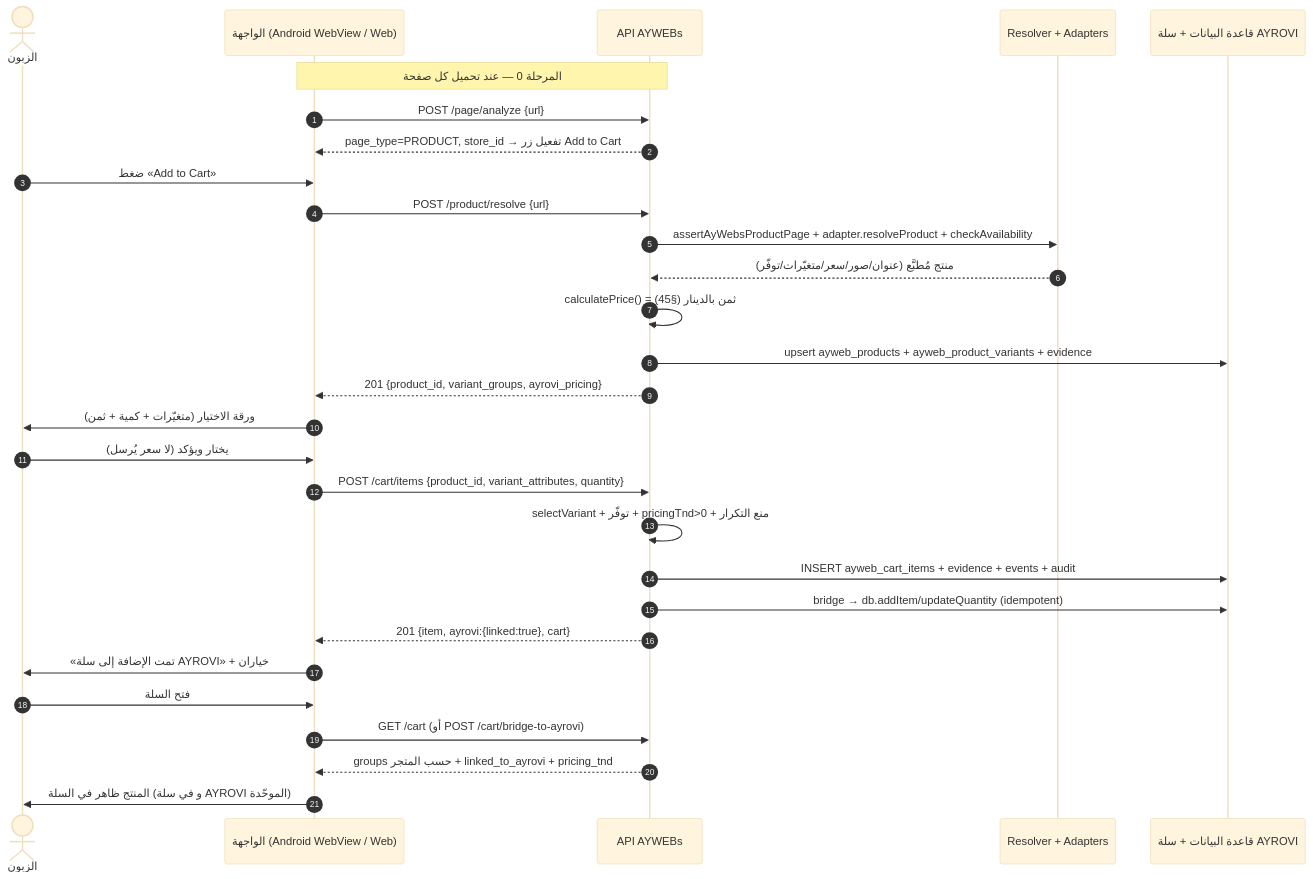
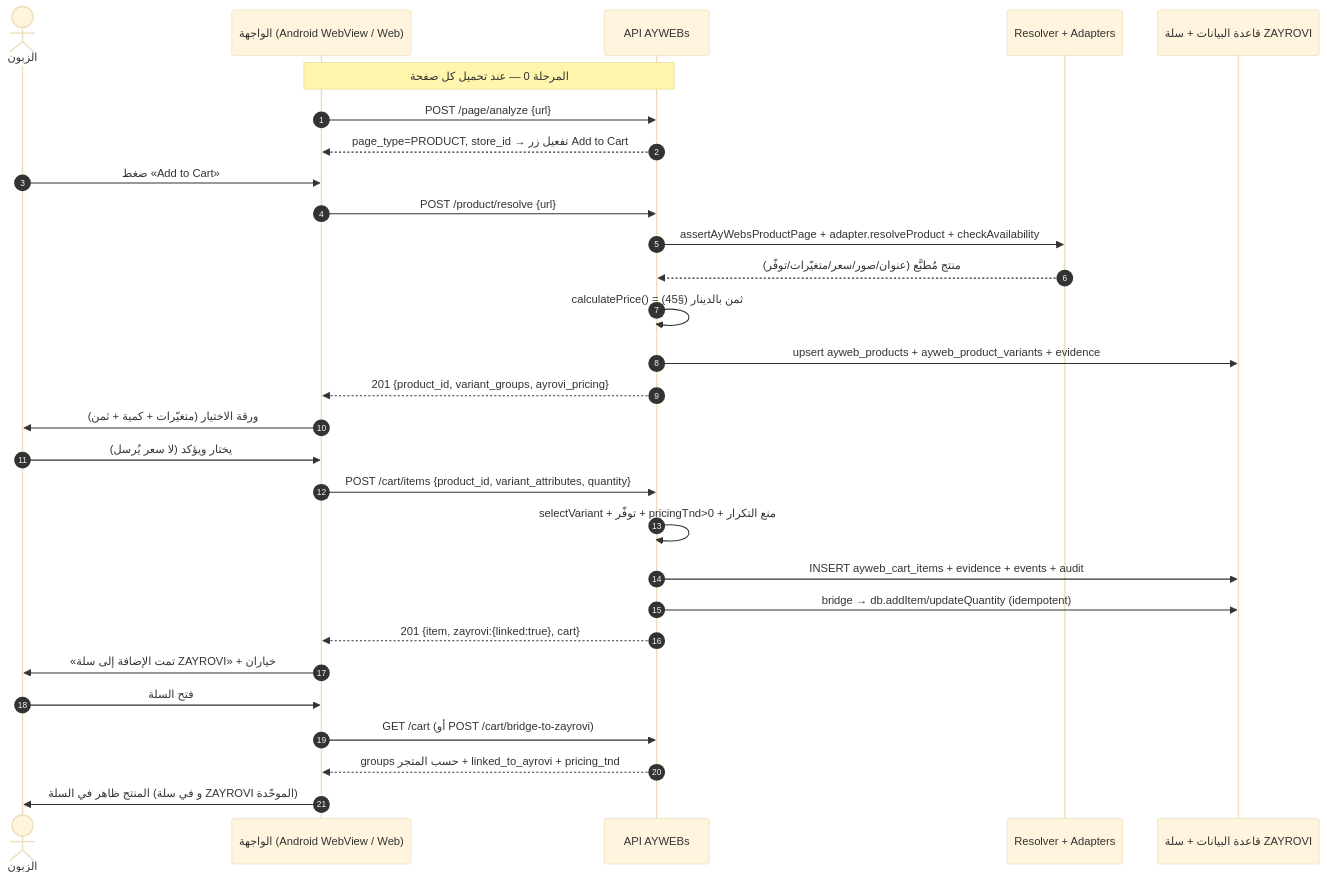
One commit to issamweldlatifa-gif/ayrovi_beta1 changed the diagram in docs/AYWEBS_ADD_TO_CART_STEPS_AR.md. Above: the diagram before and after it, drawn with Mermaid (base theme). The commit also changed other lines of this file and 910 other files, not shown here.

````diff
--- a/docs/AYWEBS_ADD_TO_CART_STEPS_AR.md
+++ b/docs/AYWEBS_ADD_TO_CART_STEPS_AR.md
@@ -265,35 +265,35 @@
 ```mermaid
 sequenceDiagram
   autonumber
   actor C as الزبون
   participant UI as الواجهة (Android WebView / Web)
   participant API as API AYWEBs
   participant RES as Resolver + Adapters
-  participant DB as قاعدة البيانات + سلة AYROVI
+  participant DB as قاعدة البيانات + سلة ZAYROVI
 
   Note over UI,API: المرحلة 0 — عند تحميل كل صفحة
   UI->>API: POST /page/analyze {url}
   API-->>UI: page_type=PRODUCT, store_id  → تفعيل زر Add to Cart
 
   C->>UI: ضغط «Add to Cart»
   UI->>API: POST /product/resolve {url}
   API->>RES: assertAyWebsProductPage + adapter.resolveProduct + checkAvailability
   RES-->>API: منتج مُطبَّع (عنوان/صور/سعر/متغيّرات/توفّر)
   API->>API: calculatePrice() = ثمن بالدينار (§45)
   API->>DB: upsert ayweb_products + ayweb_product_variants + evidence
   API-->>UI: 201 {product_id, variant_groups, ayrovi_pricing}
 
   UI->>C: ورقة الاختيار (متغيّرات + كمية + ثمن)
   C->>UI: يختار ويؤكد (لا سعر يُرسل)
   UI->>API: POST /cart/items {product_id, variant_attributes, quantity}
   API->>API: selectVariant + توفّر + pricingTnd>0 + منع التكرار
   API->>DB: INSERT ayweb_cart_items + evidence + events + audit
   API->>DB: bridge → db.addItem/updateQuantity (idempotent)
-  API-->>UI: 201 {item, ayrovi:{linked:true}, cart}
+  API-->>UI: 201 {item, zayrovi:{linked:true}, cart}
 
-  UI->>C: «تمت الإضافة إلى سلة AYROVI» + خياران
+  UI->>C: «تمت الإضافة إلى سلة ZAYROVI» + خياران
   C->>UI: فتح السلة
-  UI->>API: GET /cart  (أو POST /cart/bridge-to-ayrovi)
+  UI->>API: GET /cart  (أو POST /cart/bridge-to-zayrovi)
   API-->>UI: groups حسب المتجر + linked_to_ayrovi + pricing_tnd
-  UI->>C: المنتج ظاهر في السلة (و في سلة AYROVI الموحّدة)
+  UI->>C: المنتج ظاهر في السلة (و في سلة ZAYROVI الموحّدة)
 ```
````
